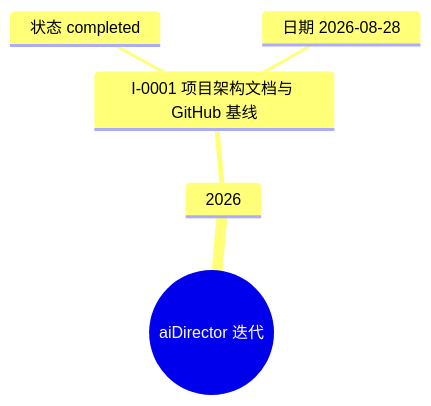
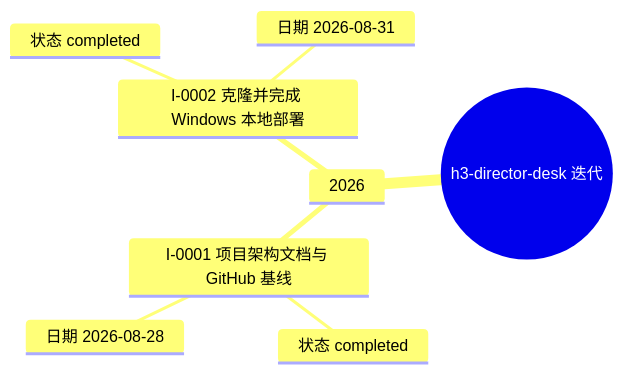
The diagram in docs/project-evolution/mindmaps/iterations.md (Exalex/h3-director-desk), drawn with Mermaid before and after one commit. The commit also changed other lines of this file and 10 other files, not shown here.

````diff
--- a/docs/project-evolution/mindmaps/iterations.md
+++ b/docs/project-evolution/mindmaps/iterations.md
@@ -5,8 +5,11 @@
 ```mermaid
 mindmap
-  root((aiDirector 迭代))
+  root((h3-director-desk 迭代))
     2026
       I-0001 项目架构文档与 GitHub 基线
         状态 completed
         日期 2026-08-28
+      I-0002 克隆并完成 Windows 本地部署
+        状态 completed
+        日期 2026-08-31
 ```
````
